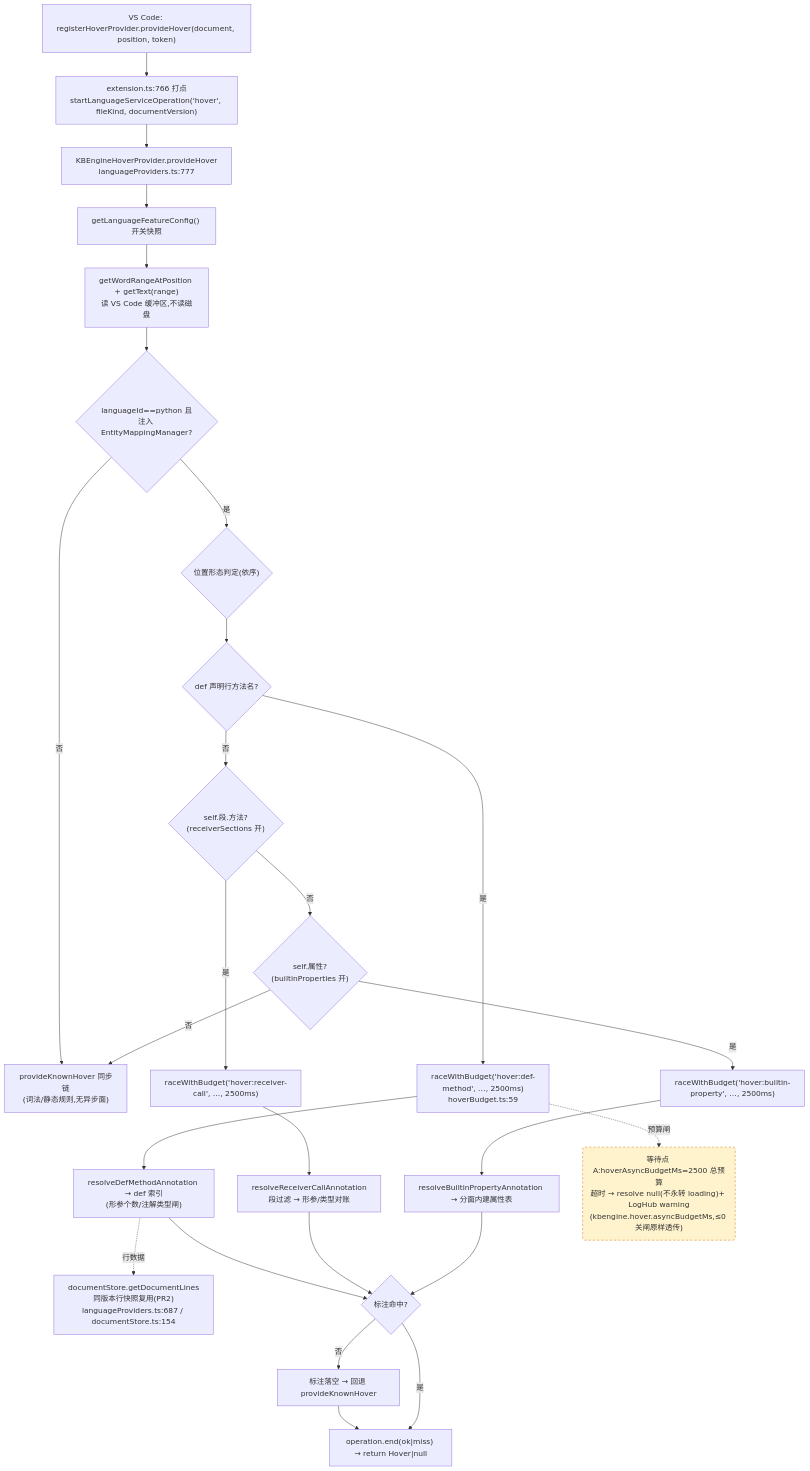
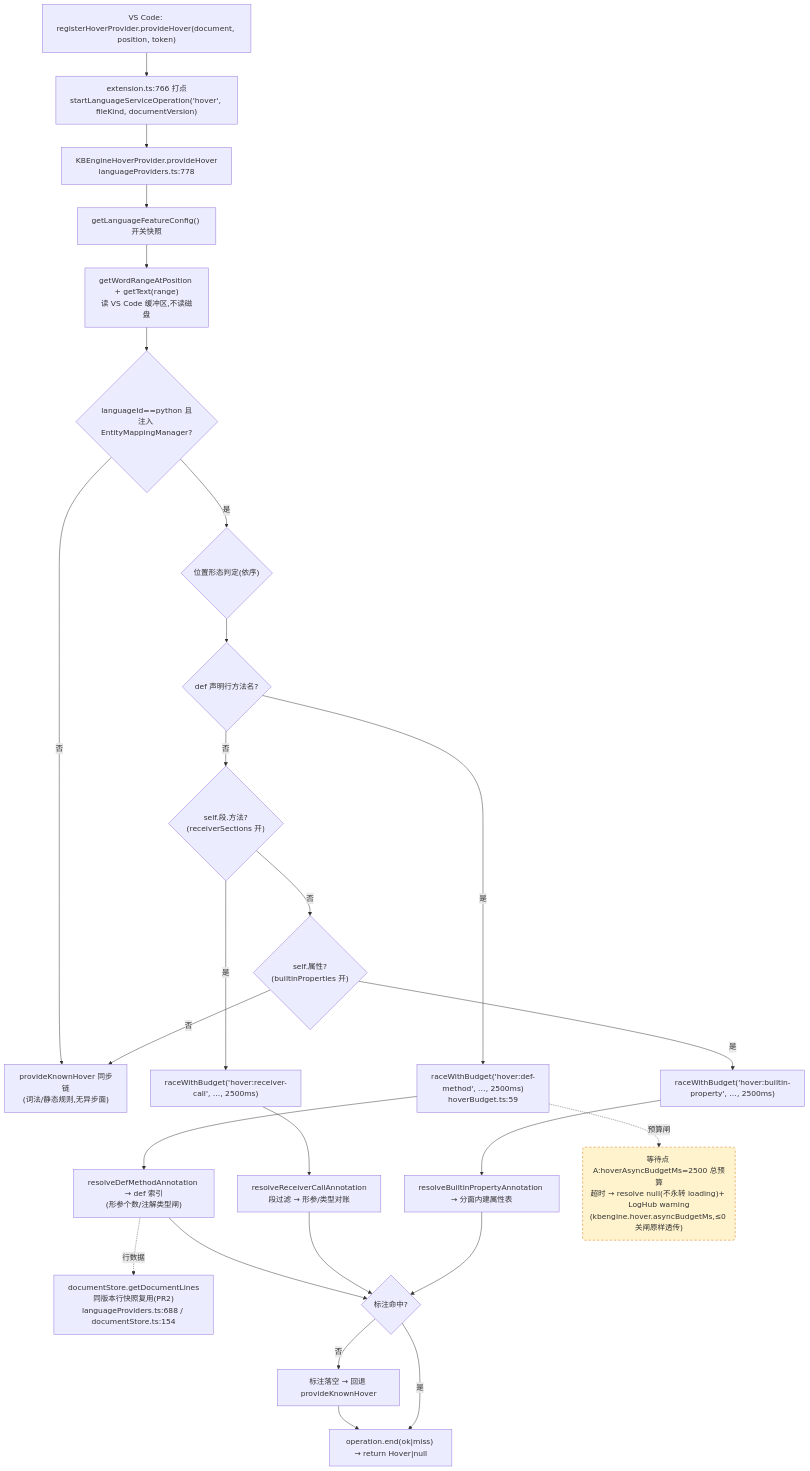
One commit to cuihairu/kode changed the first of 4 diagrams in docs/perf/2026-baseline.md. Above: the diagram before and after it, drawn with Mermaid. The commit also changed other lines of this file and 4 other files, not shown here.

````diff
--- a/docs/perf/2026-baseline.md
+++ b/docs/perf/2026-baseline.md
@@ -82,45 +82,45 @@
 ```mermaid
 flowchart TD
   VC1["VS Code: registerHoverProvider.provideHover(document, position, token)"]
   M1["extension.ts:766 打点<br/>startLanguageServiceOperation('hover', fileKind, documentVersion)"]
-  HP["KBEngineHoverProvider.provideHover<br/>languageProviders.ts:777"]
+  HP["KBEngineHoverProvider.provideHover<br/>languageProviders.ts:778"]
   CFG["getLanguageFeatureConfig() 开关快照"]
   WORD["getWordRangeAtPosition + getText(range)<br/>读 VS Code 缓冲区,不读磁盘"]
   BR{"languageId==python 且<br/>注入 EntityMappingManager?"}
   KN["provideKnownHover 同步链<br/>(词法/静态规则,无异步面)"]
   POS{"位置形态判定(依序)"}
   D1{"def 声明行方法名?"}
   D2{"self.段.方法?<br/>(receiverSections 开)"}
   D3{"self.属性?<br/>(builtinProperties 开)"}
   RA1["raceWithBudget('hover:def-method', …, 2500ms)<br/>hoverBudget.ts:59"]
   RA2["raceWithBudget('hover:receiver-call', …, 2500ms)"]
   RA3["raceWithBudget('hover:builtin-property', …, 2500ms)"]
   RS1["resolveDefMethodAnnotation → def 索引<br/>(形参个数/注解类型闸)"]
   RS2["resolveReceiverCallAnnotation<br/>段过滤 → 形参/类型对账"]
   RS3["resolveBuiltinPropertyAnnotation → 分面内建属性表"]
-  LINES["documentStore.getDocumentLines<br/>同版本行快照复用(PR2)<br/>languageProviders.ts:687 / documentStore.ts:154"]
+  LINES["documentStore.getDocumentLines<br/>同版本行快照复用(PR2)<br/>languageProviders.ts:688 / documentStore.ts:154"]
   MISS["标注落空 → 回退 provideKnownHover"]
   END1["operation.end(ok|miss) → return Hover|null"]
 
   VC1 --> M1 --> HP --> CFG --> WORD --> BR
   BR -- "否" --> KN
   BR -- "是" --> POS --> D1
   D1 -- "是" --> RA1 --> RS1
   D1 -- "否" --> D2
   D2 -- "是" --> RA2 --> RS2
   D2 -- "否" --> D3
   D3 -- "是" --> RA3 --> RS3
   D3 -- "否" --> KN
   RS1 --> HIT{"标注命中?"}
   RS2 --> HIT
   RS3 --> HIT
   RS1 -.->|行数据| LINES
   HIT -- "否" --> MISS --> END1
   HIT -- "是" --> END1
 
   WAITA("等待点 A:hoverAsyncBudgetMs=2500 总预算<br/>超时 → resolve null(不永转 loading)+ LogHub warning<br/>(kbengine.hover.asyncBudgetMs,≤0 关闸原样透传)")
   RA1 -.->|预算闸| WAITA
 
   classDef waitPoint fill:#fff3cd,stroke:#d97706,stroke-dasharray:5 4;
   class WAITA waitPoint;
 ```
````
